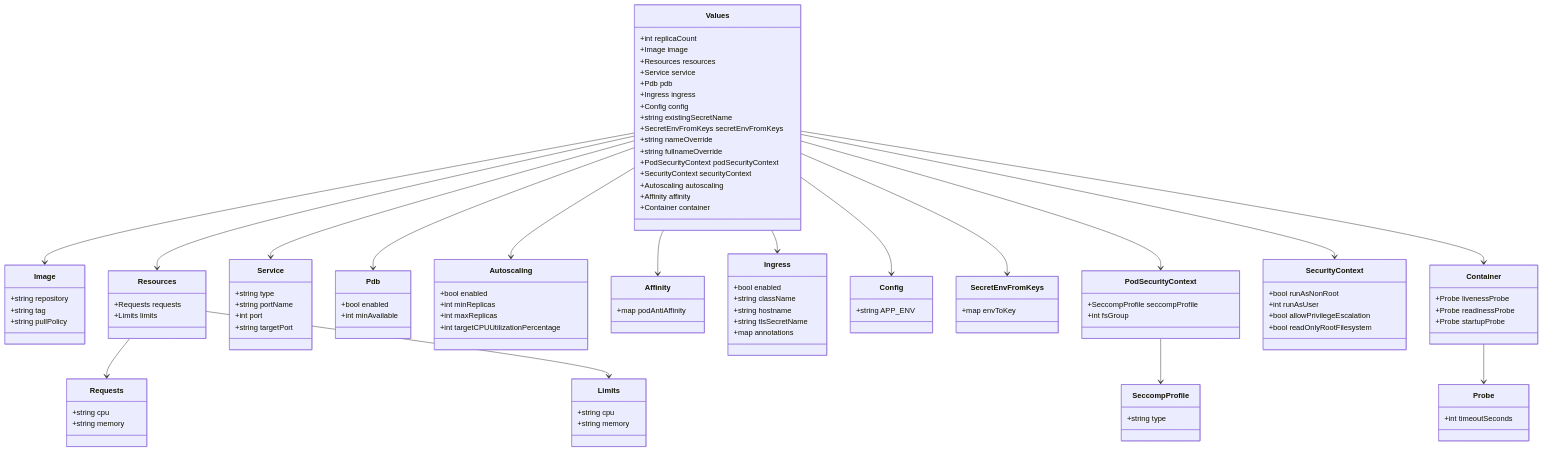
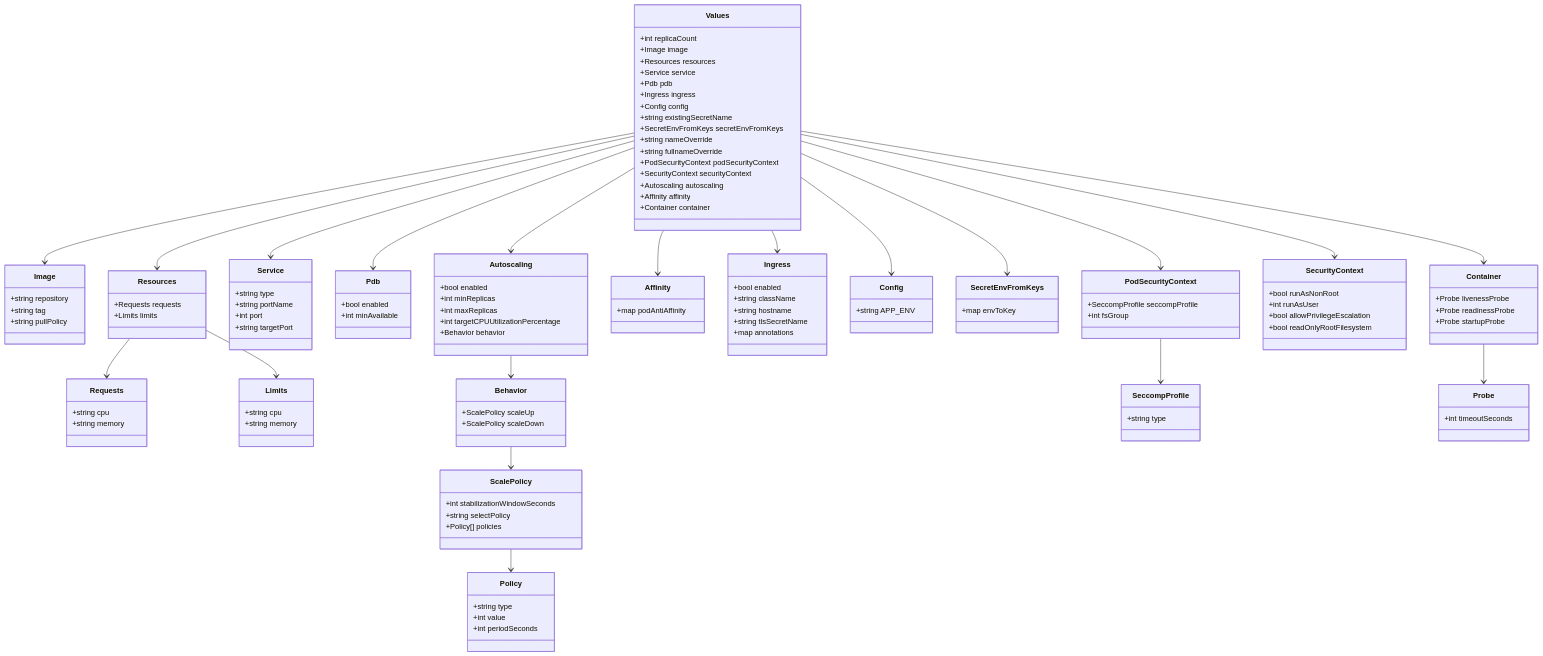
One commit to leynos/wildside changed the diagram in docs/values-class-diagram.mmd. Above: the diagram before and after it, drawn with Mermaid. The commit also changed 10 other files, not shown here.

```diff
--- a/docs/values-class-diagram.mmd
+++ b/docs/values-class-diagram.mmd
@@ -1,105 +1,123 @@
 classDiagram
     class Values {
       +int replicaCount
       +Image image
       +Resources resources
       +Service service
       +Pdb pdb
       +Ingress ingress
       +Config config
       +string existingSecretName
       +SecretEnvFromKeys secretEnvFromKeys
       +string nameOverride
       +string fullnameOverride
       +PodSecurityContext podSecurityContext
       +SecurityContext securityContext
       +Autoscaling autoscaling
       +Affinity affinity
       +Container container
     }
     class Image {
       +string repository
       +string tag
       +string pullPolicy
     }
     class Resources {
       +Requests requests
       +Limits limits
     }
     class Requests {
       +string cpu
       +string memory
     }
     class Limits {
       +string cpu
       +string memory
     }
     class Service {
       +string type
       +string portName
       +int port
       +string targetPort
     }
     class Pdb {
       +bool enabled
       +int minAvailable
     }
     class Autoscaling {
       +bool enabled
       +int minReplicas
       +int maxReplicas
       +int targetCPUUtilizationPercentage
+      +Behavior behavior
+    }
+    class Behavior {
+      +ScalePolicy scaleUp
+      +ScalePolicy scaleDown
+    }
+    class ScalePolicy {
+      +int stabilizationWindowSeconds
+      +string selectPolicy
+      +Policy[] policies
+    }
+    class Policy {
+      +string type
+      +int value
+      +int periodSeconds
     }
     class Affinity {
       +map<string, any> podAntiAffinity
     }
     class Ingress {
       +bool enabled
       +string className
       +string hostname
       +string tlsSecretName
       +map<string,string> annotations
     }
     class Config {
       +string APP_ENV
     }
     class SecretEnvFromKeys {
       +map<string,string> envToKey
     }
     class PodSecurityContext {
       +SeccompProfile seccompProfile
       +int fsGroup
     }
     class SeccompProfile {
       +string type
     }
     class SecurityContext {
       +bool runAsNonRoot
       +int runAsUser
       +bool allowPrivilegeEscalation
       +bool readOnlyRootFilesystem
     }
     class Container {
       +Probe livenessProbe
       +Probe readinessProbe
       +Probe startupProbe
     }
     class Probe {
       +int timeoutSeconds
     }
     Values --> Image
     Values --> Resources
     Resources --> Requests
     Resources --> Limits
     Values --> Service
     Values --> Pdb
     Values --> Ingress
     Values --> Config
     Values --> SecretEnvFromKeys
     Values --> PodSecurityContext
     Values --> SecurityContext
     Values --> Autoscaling
     Values --> Affinity
     Values --> Container
+    Autoscaling --> Behavior
+    Behavior --> ScalePolicy
+    ScalePolicy --> Policy
     PodSecurityContext --> SeccompProfile
     Container --> Probe
```
